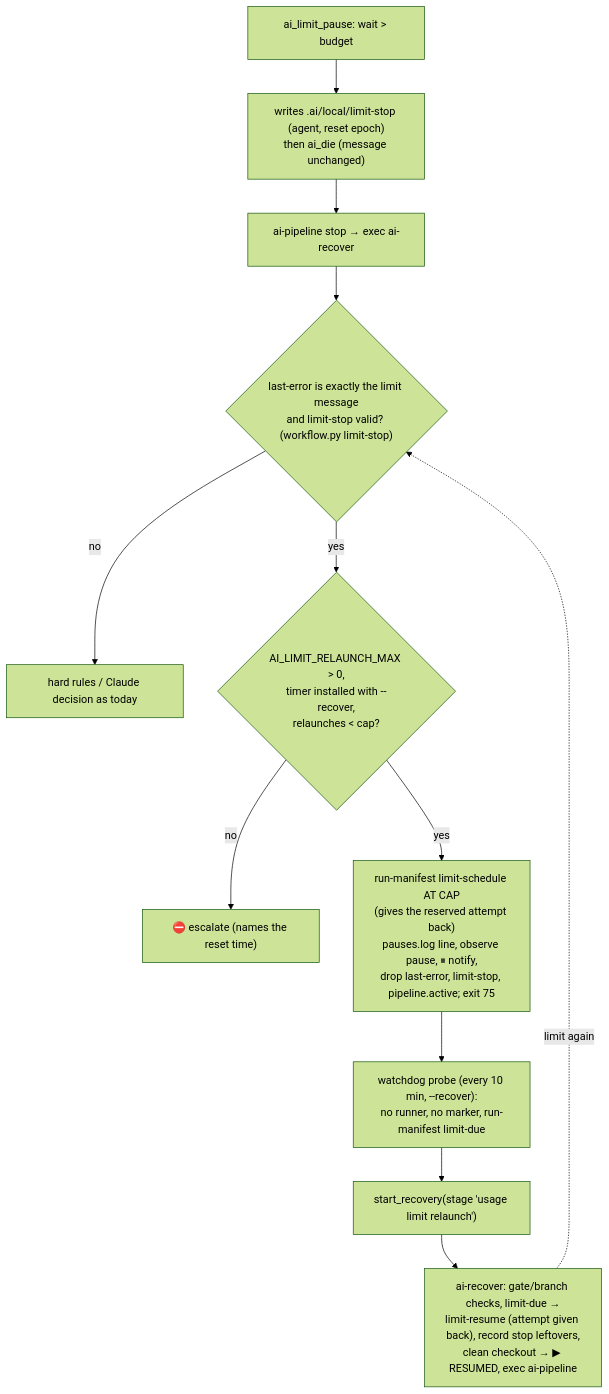
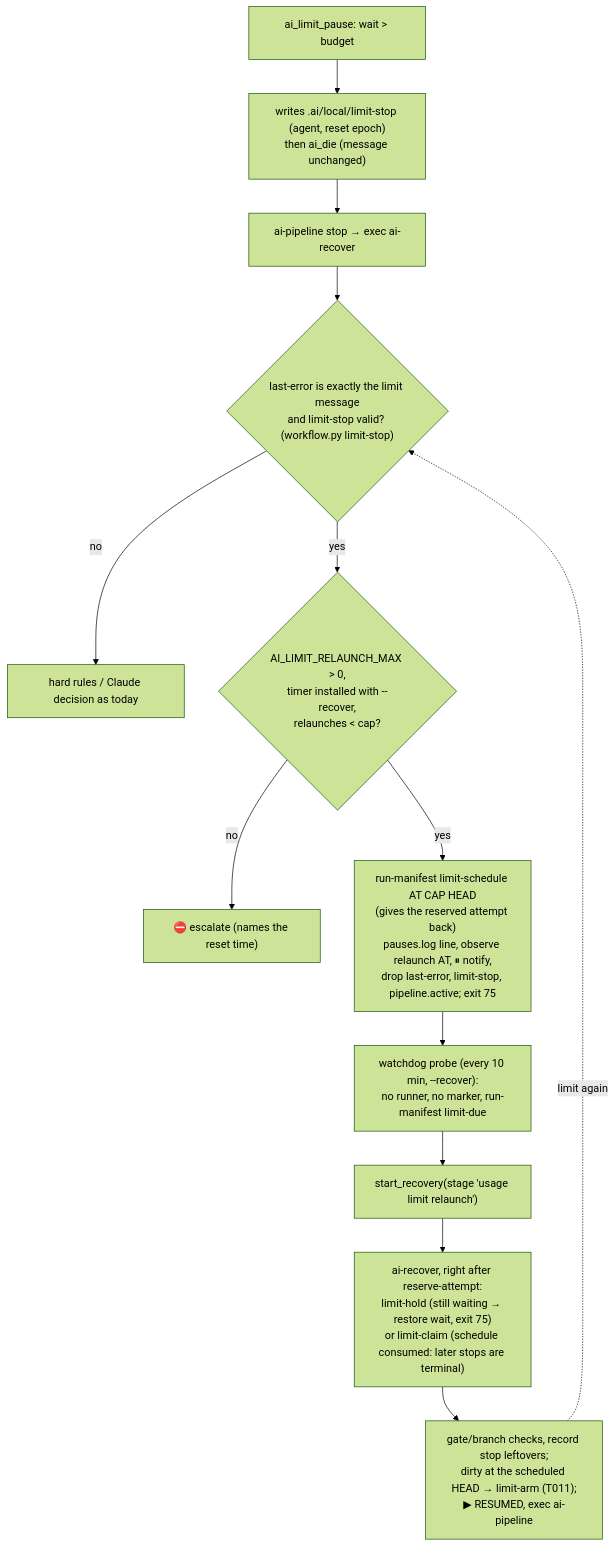
One commit to Muf454/agents changed the diagram in .ai/current-plan.md. Above: the diagram before and after it, drawn with Mermaid (forest theme). The commit also changed other lines of this file and 6 other files, not shown here.

````diff
--- a/.ai/current-plan.md
+++ b/.ai/current-plan.md
@@ -13,14 +13,15 @@
 ```mermaid
 flowchart TD
   pause["ai_limit_pause: wait > budget"] --> rec["writes .ai/local/limit-stop (agent, reset epoch)<br/>then ai_die (message unchanged)"]
   rec --> stop["ai-pipeline stop → exec ai-recover"]
   stop --> only{"last-error is exactly the limit message<br/>and limit-stop valid? (workflow.py limit-stop)"}
   only -- no --> rules["hard rules / Claude decision as today"]
   only -- yes --> cap{"AI_LIMIT_RELAUNCH_MAX > 0,<br/>timer installed with --recover,<br/>relaunches < cap?"}
   cap -- no --> esc["⛔ escalate (names the reset time)"]
-  cap -- yes --> sched["run-manifest limit-schedule AT CAP<br/>(gives the reserved attempt back)<br/>pauses.log line, observe pause, ⏸ notify,<br/>drop last-error, limit-stop, pipeline.active; exit 75"]
+  cap -- yes --> sched["run-manifest limit-schedule AT CAP HEAD<br/>(gives the reserved attempt back)<br/>pauses.log line, observe relaunch AT, ⏸ notify,<br/>drop last-error, limit-stop, pipeline.active; exit 75"]
   sched --> probe["watchdog probe (every 10 min, --recover):<br/>no runner, no marker, run-manifest limit-due"]
   probe --> launch["start_recovery(stage 'usage limit relaunch')"]
-  launch --> due["ai-recover: gate/branch checks, limit-due →<br/>limit-resume (attempt given back), record stop leftovers,<br/>clean checkout → ▶ RESUMED, exec ai-pipeline"]
+  launch --> claim["ai-recover, right after reserve-attempt:<br/>limit-hold (still waiting → restore wait, exit 75)<br/>or limit-claim (schedule consumed: later stops are terminal)"]
+  claim --> due["gate/branch checks, record stop leftovers;<br/>dirty at the scheduled HEAD → limit-arm (T011);<br/>▶ RESUMED, exec ai-pipeline"]
   due -. "limit again" .-> only
 ```
````
